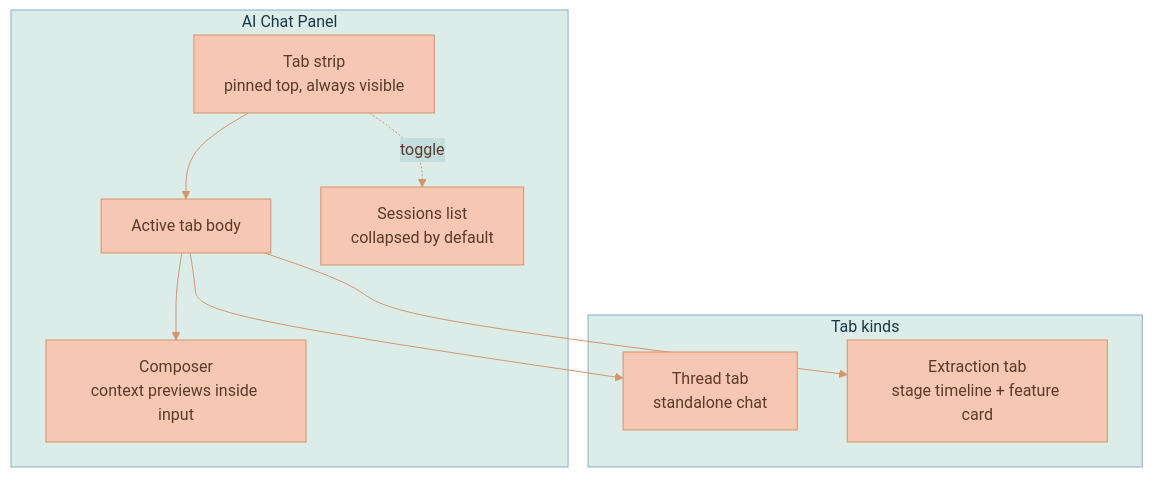
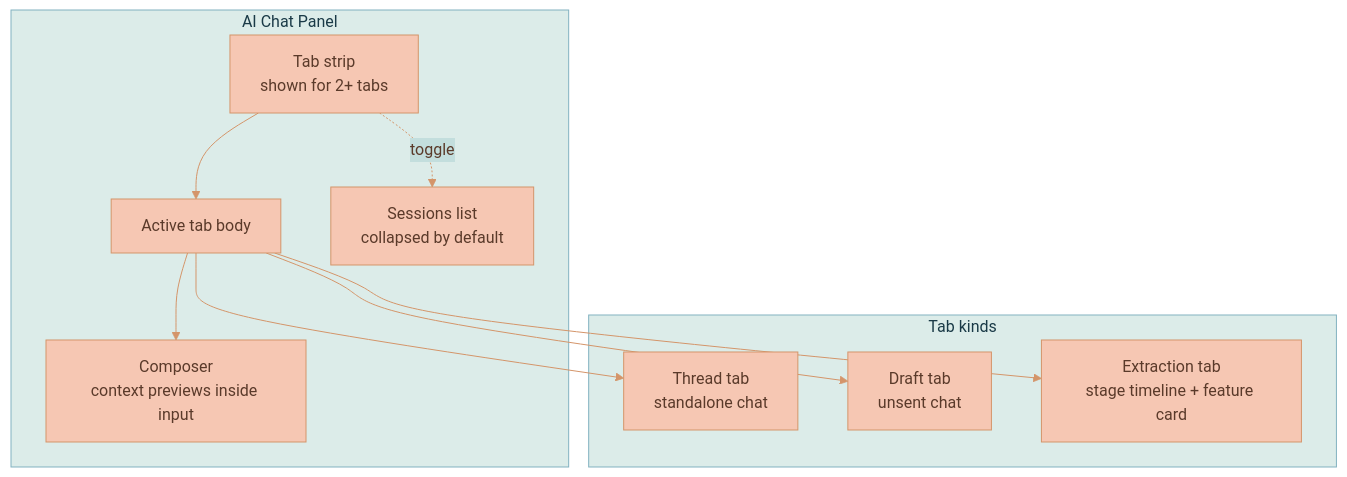
Before and after one commit to Lixpi/lixpi: the first of 2 diagrams in documentation/ai-chat/CHAT-PANEL-AND-SESSIONS.md, drawn with Mermaid. The commit also changed other lines of this file and 12 other files, not shown here.

````diff
--- a/documentation/ai-chat/CHAT-PANEL-AND-SESSIONS.md
+++ b/documentation/ai-chat/CHAT-PANEL-AND-SESSIONS.md
@@ -93,21 +93,23 @@
 ```mermaid
 %%{init: {'theme': 'base', 'themeVariables': { 'primaryColor': '#F6C7B3', 'primaryTextColor': '#5a3a2a', 'primaryBorderColor': '#d4956a', 'secondaryColor': '#C3DEDD', 'secondaryTextColor': '#1a3a47', 'secondaryBorderColor': '#4a8a9d', 'tertiaryColor': '#DCECE9', 'tertiaryTextColor': '#1a3a47', 'tertiaryBorderColor': '#82B2C0', 'lineColor': '#d4956a', 'textColor': '#5a3a2a'}}}%%
 flowchart TB
     subgraph Panel["AI Chat Panel"]
-        Strip[Tab strip<br/>pinned top, always visible]
+        Strip[Tab strip<br/>shown for 2+ tabs]
         Body[Active tab body]
         Composer[Composer<br/>context previews inside input]
         Sessions[Sessions list<br/>collapsed by default]
     end
 
     subgraph TabKinds["Tab kinds"]
         Thread[Thread tab<br/>standalone chat]
+        Draft[Draft tab<br/>unsent chat]
         Extraction[Extraction tab<br/>stage timeline + feature card]
     end
 
     Strip --> Body
     Body --> Thread
+    Body --> Draft
     Body --> Extraction
     Body --> Composer
     Strip -.toggle.-> Sessions
 ```
````
